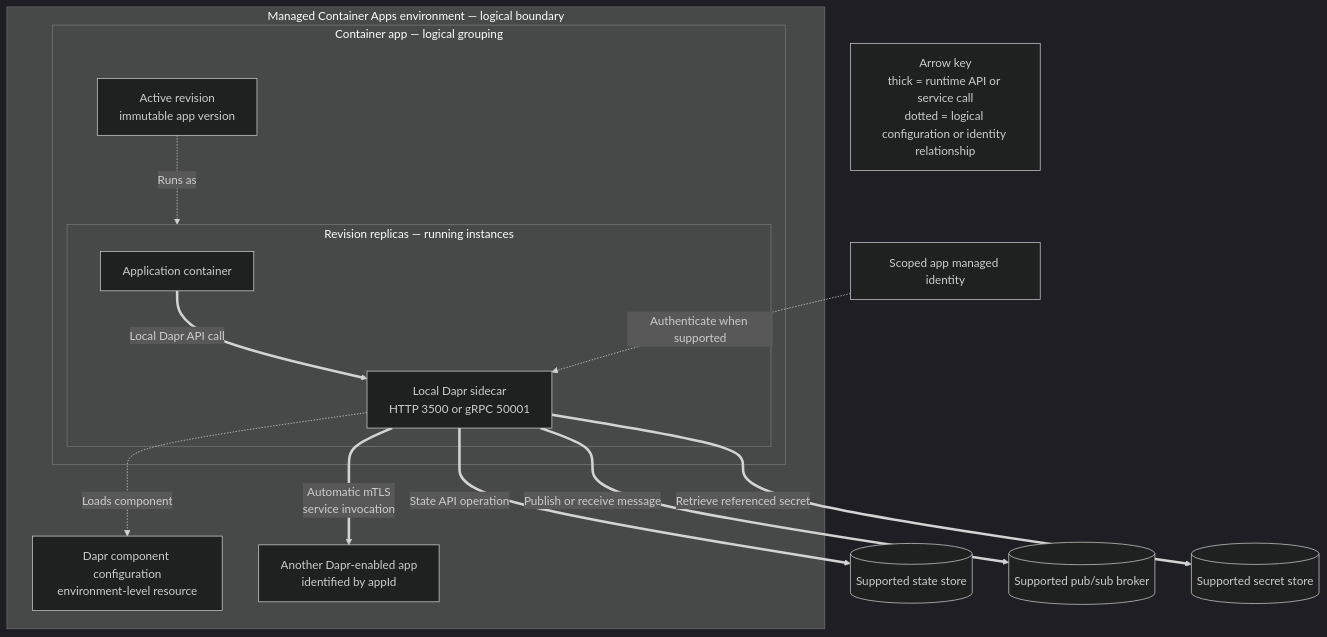
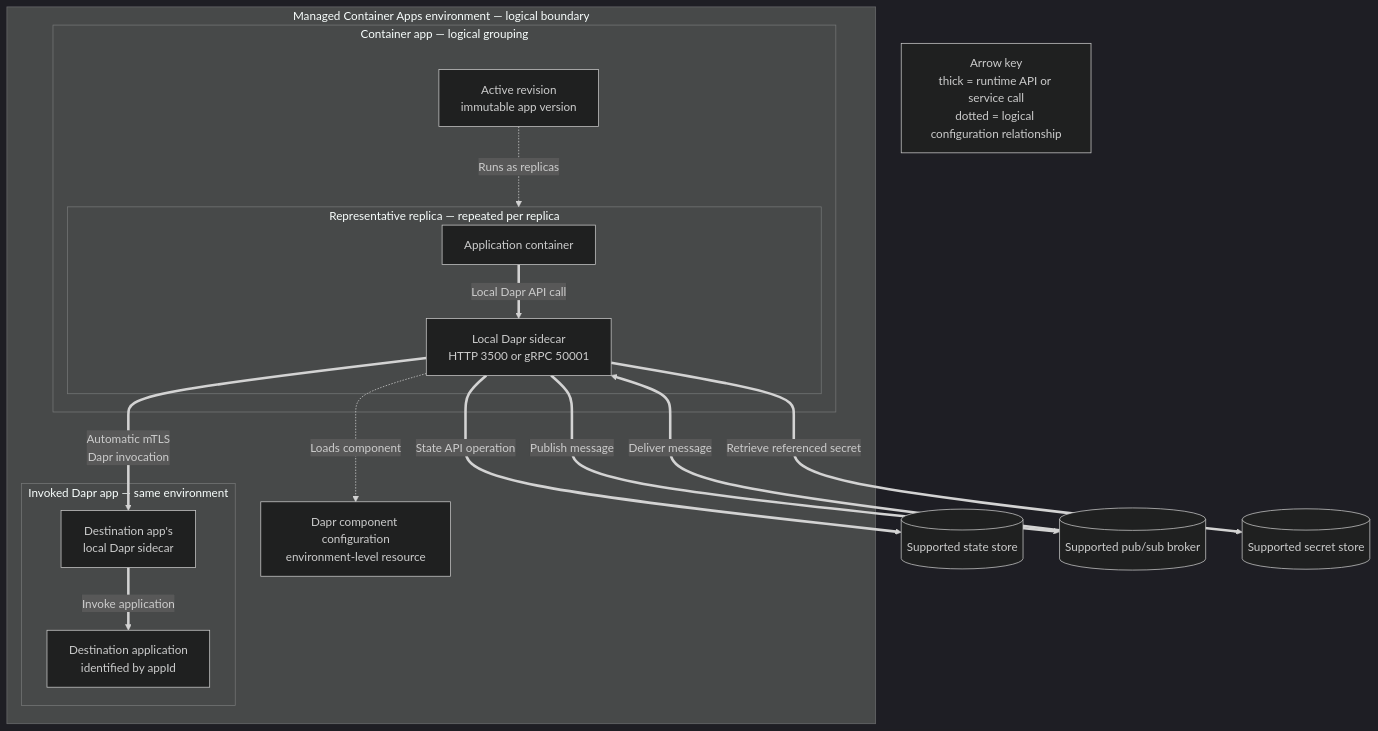
The diagram in docs/platform/dapr/index.md (yeongseon/azure-container-apps-practical-guide), drawn with Mermaid (dark theme) before and after one commit. The commit also changed other lines of this file and 1 other file, not shown here.

Commit message:
fix(diagrams): correct the Container Apps Dapr model

````diff
--- a/docs/platform/dapr/index.md
+++ b/docs/platform/dapr/index.md
@@ -42,34 +43,37 @@
 ```mermaid
 flowchart TD
     accTitle: Dapr sidecar and component relationships in Azure Container Apps
-    accDescr: Inside a managed Container Apps environment, a container app groups an active revision and its running replicas. Each illustrated replica contains an application container that calls its local Dapr sidecar over HTTP or gRPC. The sidecar can invoke another Dapr-enabled app or use environment-level component configuration to reach supported state, pub-sub, and secret-store backends. A scoped app managed identity can authenticate the component connection when the backend supports it. Thick arrows are runtime calls, while dotted arrows are logical configuration or identity relationships.
+    accDescr: Inside a managed Container Apps environment, a container app groups an active revision and running replicas. One representative replica contains an application container and its local Dapr sidecar; this pair repeats for every replica. For service invocation, the caller sidecar uses mutual TLS to reach the destination app's local sidecar, which then calls its application. The caller sidecar can also load environment-level component configuration and exchange runtime operations with supported state, pub-sub, and secret-store backends. Thick arrows are runtime calls, while dotted arrows are logical configuration relationships.
 
     subgraph ENV["Managed Container Apps environment — logical boundary"]
         subgraph APP["Container app — logical grouping"]
             REV_ACTIVE["Active revision<br/>immutable app version"]
-            subgraph REPLICAS["Revision replicas — running instances"]
+            subgraph REPLICA["Representative replica — repeated per replica"]
                 APP_CONTAINER["Application container"]
                 SIDECAR["Local Dapr sidecar<br/>HTTP 3500 or gRPC 50001"]
                 APP_CONTAINER ==>|"Local Dapr API call"| SIDECAR
             end
-            REV_ACTIVE -.->|"Runs as"| REPLICAS
+            REV_ACTIVE -.->|"Runs as replicas"| REPLICA
         end
 
         COMPONENT["Dapr component configuration<br/>environment-level resource"]
-        OTHER["Another Dapr-enabled app<br/>identified by appId"]
+        subgraph TARGET["Invoked Dapr app — same environment"]
+            TARGET_SIDE["Destination app's<br/>local Dapr sidecar"]
+            TARGET_APP["Destination application<br/>identified by appId"]
+            TARGET_SIDE ==>|"Invoke application"| TARGET_APP
+        end
     end
 
-    IDENTITY["Scoped app managed identity"]
     STATE[("Supported state store")]
     PUBSUB[("Supported pub/sub broker")]
     SECRETS[("Supported secret store")]
 
-    SIDECAR ==>|"Automatic mTLS<br/>service invocation"| OTHER
+    SIDECAR ==>|"Automatic mTLS<br/>Dapr invocation"| TARGET_SIDE
     SIDECAR -.->|"Loads component"| COMPONENT
     SIDECAR ==>|"State API operation"| STATE
-    SIDECAR ==>|"Publish or receive message"| PUBSUB
+    SIDECAR ==>|"Publish message"| PUBSUB
+    PUBSUB ==>|"Deliver message"| SIDECAR
     SIDECAR ==>|"Retrieve referenced secret"| SECRETS
-    IDENTITY -.->|"Authenticate when supported"| SIDECAR
 
-    LEGEND["Arrow key<br/>thick = runtime API or service call<br/>dotted = logical configuration or identity relationship"]
+    LEGEND["Arrow key<br/>thick = runtime API or service call<br/>dotted = logical configuration relationship"]
 ```
````
